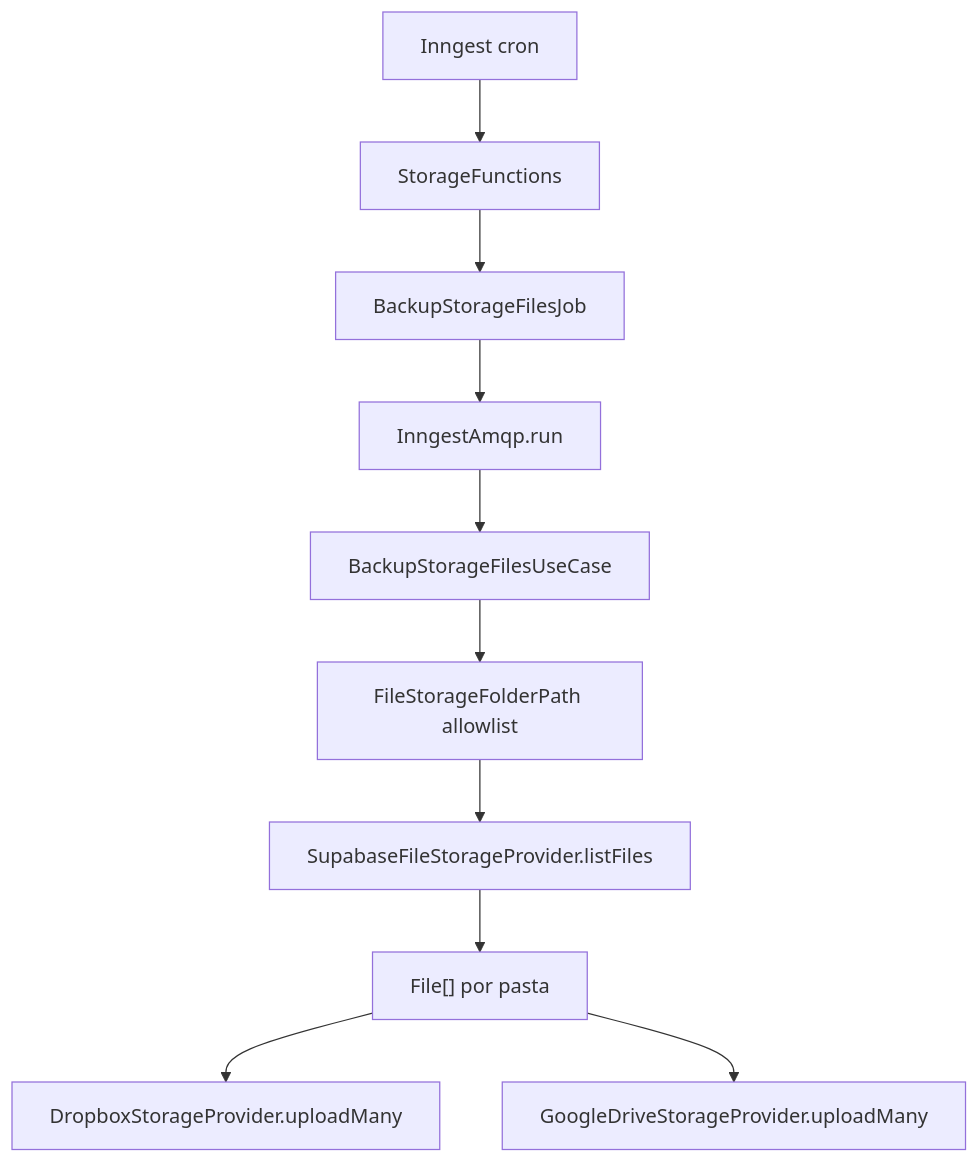
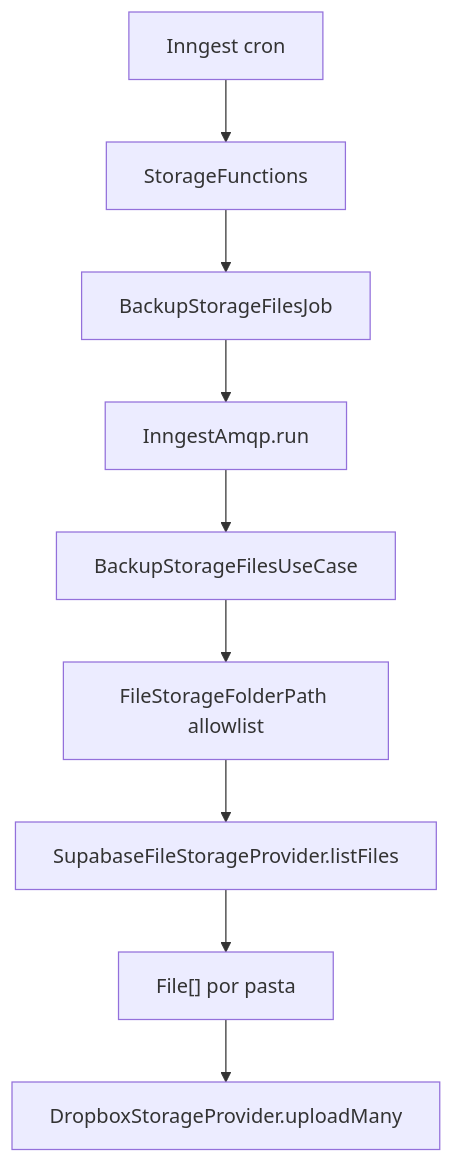
Before and after one commit to JohnPetros/stardust: the diagram in documentation/features/storage/backup/specs/file-storage-backup-spec.md, drawn with Mermaid. The commit also changed other lines of this file and 1 other file, not shown here.

Commit message:
📚 docs: align storage backup docs with dropbox only

````diff
--- a/documentation/features/storage/backup/specs/file-storage-backup-spec.md
+++ b/documentation/features/storage/backup/specs/file-storage-backup-spec.md
@@ -199,12 +161,11 @@
 ```mermaid
 flowchart TD
   Inngest["Inngest cron"] --> StorageFunctions["StorageFunctions"]
   StorageFunctions --> Job["BackupStorageFilesJob"]
   Job --> Amqp["InngestAmqp.run"]
   Amqp --> UseCase["BackupStorageFilesUseCase"]
   UseCase --> Folders["FileStorageFolderPath allowlist"]
   Folders --> Supabase["SupabaseFileStorageProvider.listFiles"]
   Supabase --> Files["File[] por pasta"]
   Files --> Dropbox["DropboxStorageProvider.uploadMany"]
-  Files --> Drive["GoogleDriveStorageProvider.uploadMany"]
 ```
````
